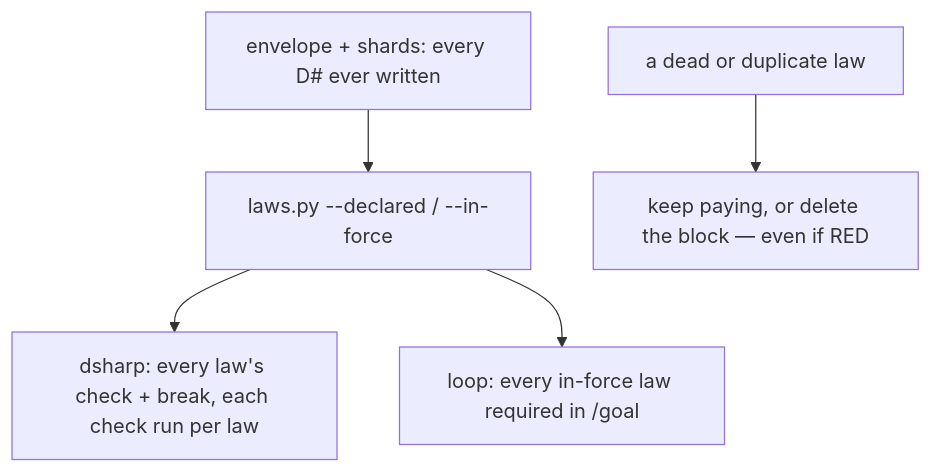
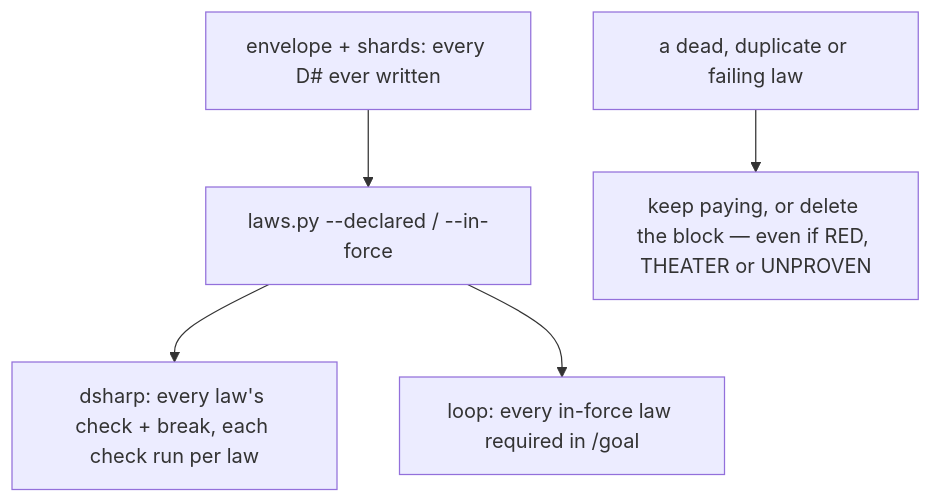
One commit to kadaluarsa/barbaric-driven-development changed the first of 2 diagrams in docs/cascade/05b-t68-law-retirement.md. Above: the diagram before and after it, drawn with Mermaid. The commit also changed other lines of this file and 1 other file, not shown here.

Commit message:
GENERATE 05b t68-law-retirement: answer the critic (C1–C10 fixed), spec v2

````diff
--- a/docs/cascade/05b-t68-law-retirement.md
+++ b/docs/cascade/05b-t68-law-retirement.md
@@ -39,7 +42,7 @@
 ```mermaid
 flowchart TD
   E[envelope + shards: every D# ever written] --> L[laws.py --declared / --in-force]
   L --> D[dsharp: every law's check + break, each check run per law]
   L --> P[loop: every in-force law required in /goal]
-  X[a dead or duplicate law] --> Z[keep paying, or delete the block — even if RED]
+  X[a dead, duplicate or failing law] --> Z[keep paying, or delete the block — even if RED, THEATER or UNPROVEN]
 ```
````
